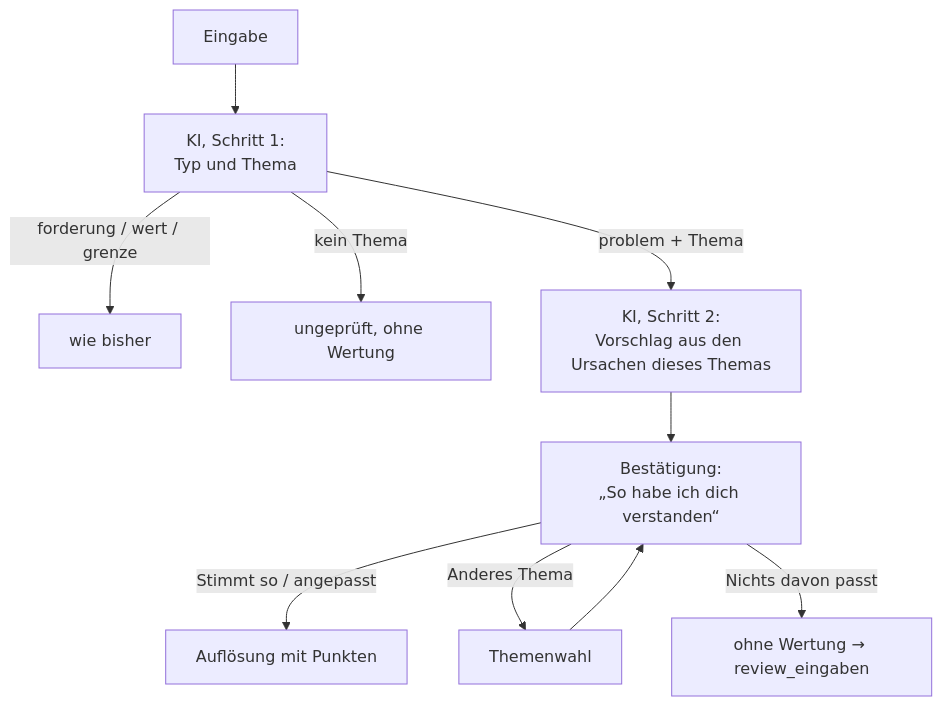
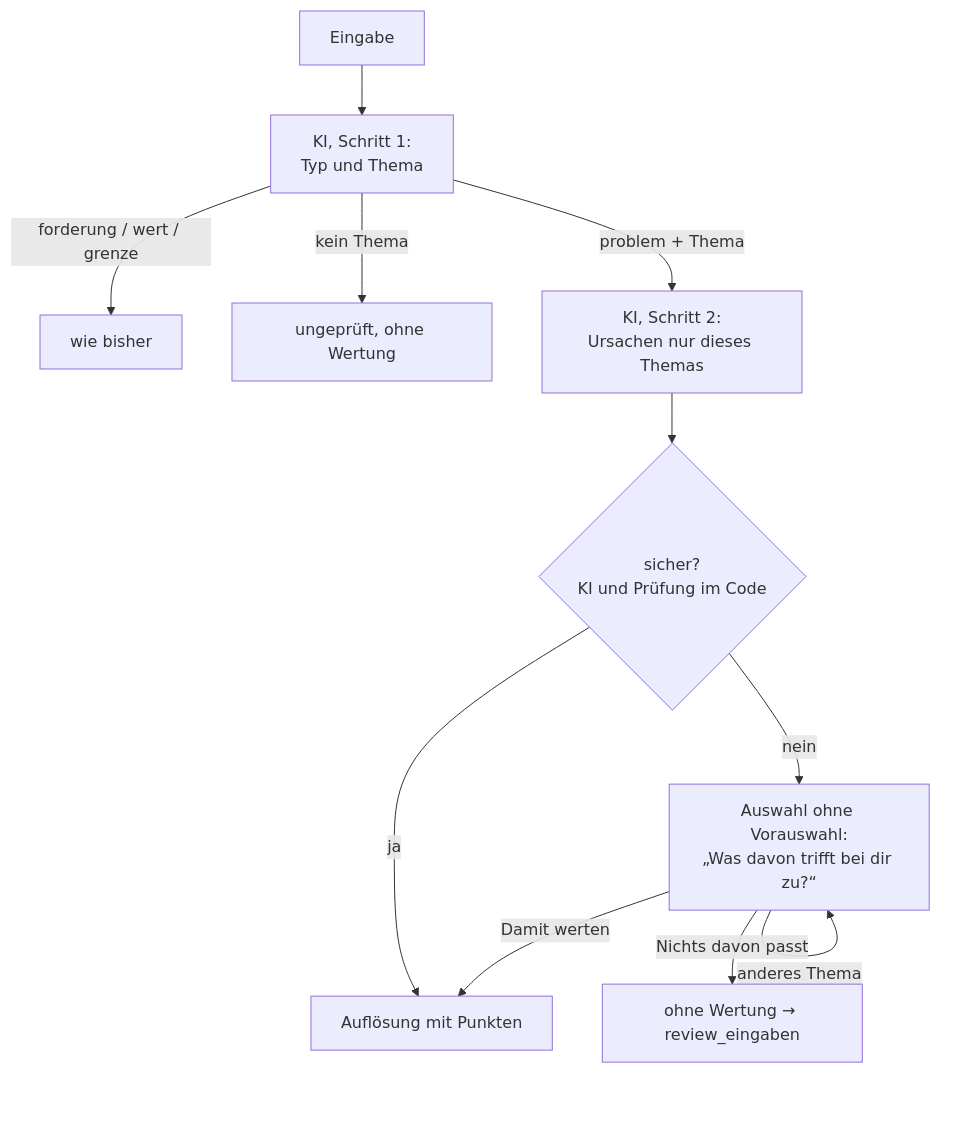
One commit to politik-duell/politik-duell changed the diagram in docs/plan-zuordnung.md. Above: the diagram before and after it, drawn with Mermaid. The commit also changed other lines of this file, not shown here.

````diff
--- a/docs/plan-zuordnung.md
+++ b/docs/plan-zuordnung.md
@@ -37,11 +52,13 @@
 ```mermaid
 flowchart TD
     E[Eingabe] --> K1[KI, Schritt 1:<br/>Typ und Thema]
     K1 -->|forderung / wert / grenze| W[wie bisher]
     K1 -->|kein Thema| U[ungeprüft, ohne Wertung]
-    K1 -->|problem + Thema| K2[KI, Schritt 2:<br/>Vorschlag aus den Ursachen dieses Themas]
-    K2 --> B["Bestätigung:<br/>„So habe ich dich verstanden“"]
-    B -->|Stimmt so / angepasst| A[Auflösung mit Punkten]
-    B -->|Anderes Thema| T[Themenwahl] --> B
+    K1 -->|problem + Thema| K2[KI, Schritt 2:<br/>Ursachen nur dieses Themas]
+    K2 --> P{sicher?<br/>KI und Prüfung im Code}
+    P -->|ja| A[Auflösung mit Punkten]
+    P -->|nein| B["Auswahl ohne Vorauswahl:<br/>„Was davon trifft bei dir zu?“"]
+    B -->|Damit werten| A
+    B -->|anderes Thema| B
     B -->|Nichts davon passt| R[ohne Wertung → review_eingaben]
 ```
````
